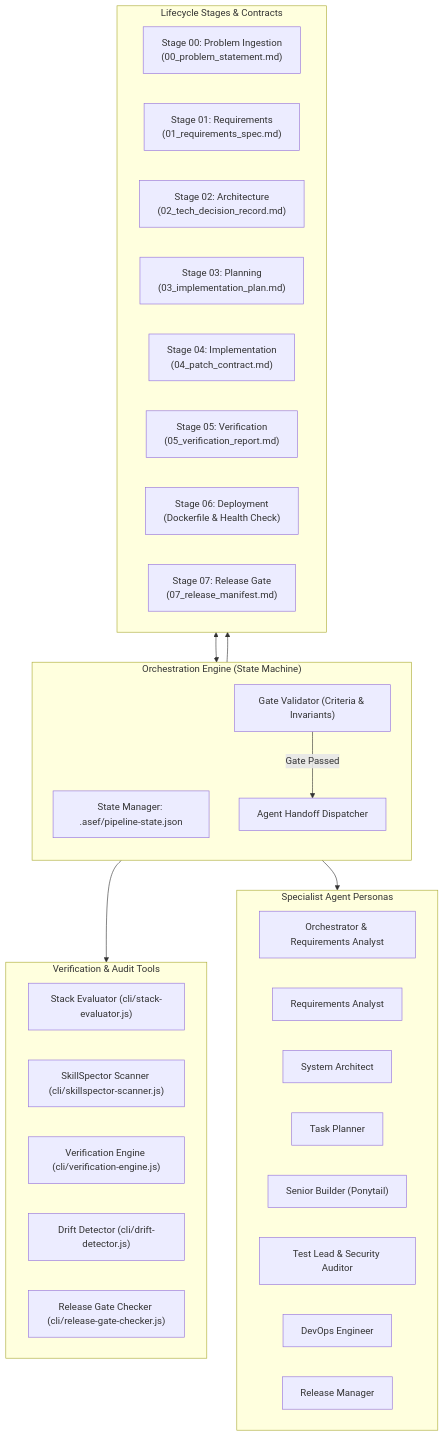
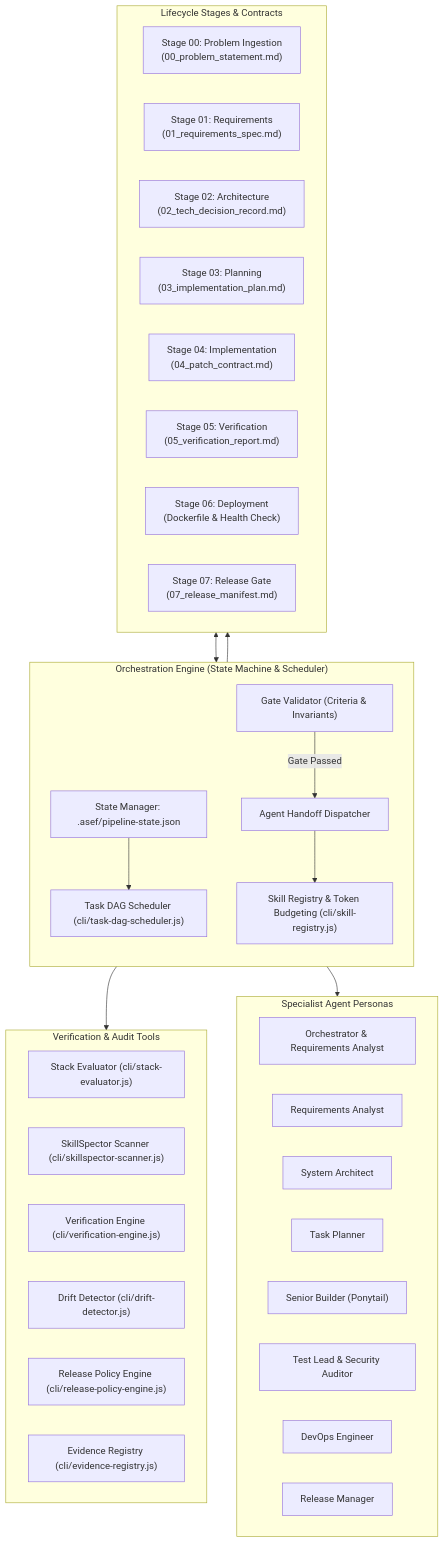
The diagram in lifecycle/ORCHESTRATION_ENGINE.md (GandhamRajaReddy/ai-software-engineering-framework), drawn with Mermaid before and after one commit. The commit also changed other lines of this file and 57 other files, not shown here.

````diff
--- a/lifecycle/ORCHESTRATION_ENGINE.md
+++ b/lifecycle/ORCHESTRATION_ENGINE.md
@@ -13,45 +13,50 @@
 ```mermaid
 flowchart TD
-    subgraph Engine ["Orchestration Engine (State Machine)"]
+    subgraph Engine ["Orchestration Engine (State Machine & Scheduler)"]
         direction TB
         SM["State Manager: .asef/pipeline-state.json"]
+        DAG["Task DAG Scheduler (cli/task-dag-scheduler.js)"]
         GV["Gate Validator (Criteria & Invariants)"]
         HD["Agent Handoff Dispatcher"]
+        SR["Skill Registry & Token Budgeting (cli/skill-registry.js)"]
     end
 
     subgraph Inputs ["Lifecycle Stages & Contracts"]
         S0["Stage 00: Problem Ingestion\n(00_problem_statement.md)"]
         S1["Stage 01: Requirements\n(01_requirements_spec.md)"]
         S2["Stage 02: Architecture\n(02_tech_decision_record.md)"]
         S3["Stage 03: Planning\n(03_implementation_plan.md)"]
         S4["Stage 04: Implementation\n(04_patch_contract.md)"]
         S5["Stage 05: Verification\n(05_verification_report.md)"]
         S6["Stage 06: Deployment\n(Dockerfile & Health Check)"]
         S7["Stage 07: Release Gate\n(07_release_manifest.md)"]
     end
 
     subgraph Specialists ["Specialist Agent Personas"]
         A0["Orchestrator & Requirements Analyst"]
         A1["Requirements Analyst"]
         A2["System Architect"]
         A3["Task Planner"]
         A4["Senior Builder (Ponytail)"]
         A5["Test Lead & Security Auditor"]
         A6["DevOps Engineer"]
         A7["Release Manager"]
     end
 
     subgraph Tools ["Verification & Audit Tools"]
         T_EVAL["Stack Evaluator (cli/stack-evaluator.js)"]
         T_SEC["SkillSpector Scanner (cli/skillspector-scanner.js)"]
         T_VER["Verification Engine (cli/verification-engine.js)"]
         T_DRIFT["Drift Detector (cli/drift-detector.js)"]
-        T_GATE["Release Gate Checker (cli/release-gate-checker.js)"]
+        T_RPE["Release Policy Engine (cli/release-policy-engine.js)"]
+        T_EVID["Evidence Registry (cli/evidence-registry.js)"]
     end
 
-    SM --> Inputs
+    SM --> DAG
+    DAG --> Inputs
     Inputs <--> GV
     GV --> Tools
     GV -->|Gate Passed| HD
-    HD --> Specialists
+    HD --> SR
+    SR --> Specialists
 ```
````
